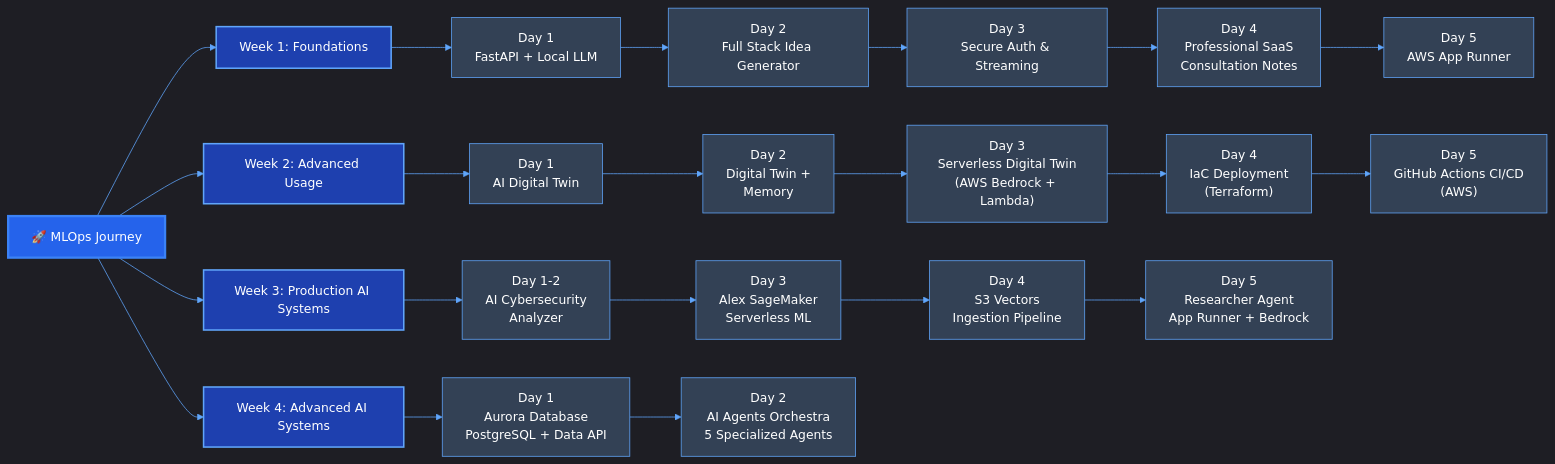
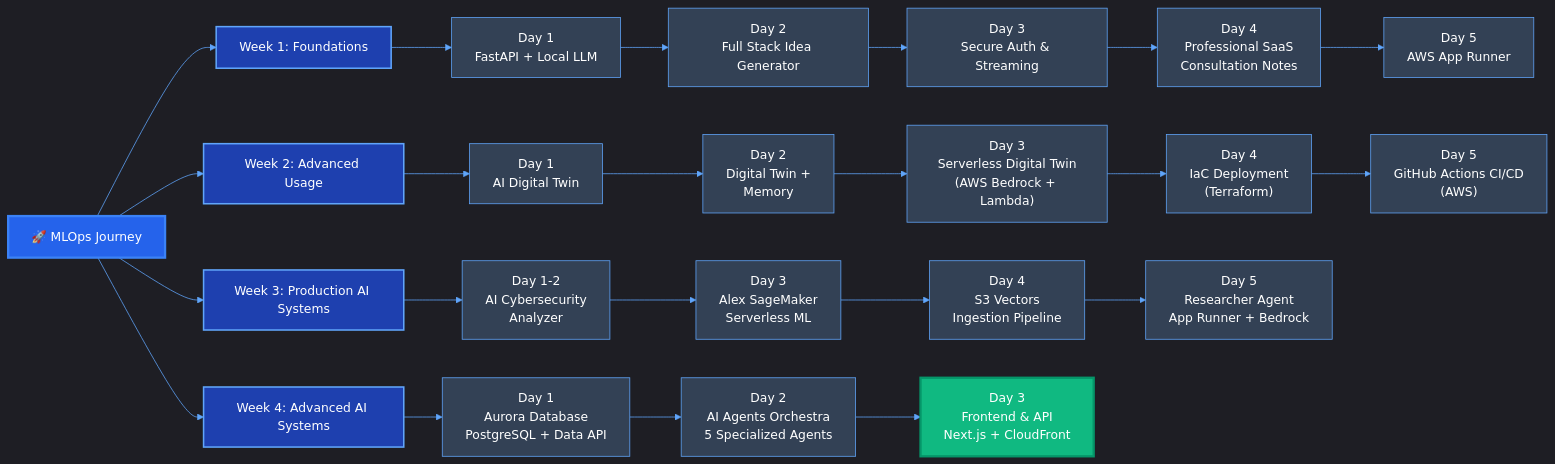
Before and after one commit to baloglu321/mlops-journey: the first of 9 diagrams in README.md, drawn with Mermaid. The commit also changed other lines of this file and 10 other files, not shown here.

````diff
--- a/README.md
+++ b/README.md
@@ -23,46 +23,50 @@
 ```mermaid
 %%{init: {'theme': 'dark', 'themeVariables': { 'primaryColor': '#2563eb', 'primaryTextColor': '#fff', 'primaryBorderColor': '#3b82f6', 'lineColor': '#60a5fa', 'secondaryColor': '#1e40af', 'tertiaryColor': '#1e3a8a'}}}%%
 graph LR
     A[🚀 MLOps Journey] --> B[Week 1: Foundations]
     B --> C[Day 1<br/>FastAPI + Local LLM]
     C --> D[Day 2<br/>Full Stack Idea Generator]
     D --> E[Day 3<br/>Secure Auth & Streaming]
     E --> F[Day 4<br/>Professional SaaS<br/>Consultation Notes]
     F --> G[Day 5<br/>AWS App Runner]
     A --> H[Week 2: Advanced Usage]
     H --> I[Day 1<br/>AI Digital Twin]
     I --> J[Day 2<br/>Digital Twin +<br/>Memory]
     J --> K["Day 3<br/>Serverless Digital Twin<br/>(AWS Bedrock + Lambda)"]
     K --> L["Day 4<br/>IaC Deployment<br/>(Terraform)"]
     L --> M["Day 5<br/>GitHub Actions CI/CD<br/>(AWS)"]
     A --> N[Week 3: Production AI Systems]
     N --> O["Day 1-2<br/>AI Cybersecurity<br/>Analyzer"]
     O --> P["Day 3<br/>Alex SageMaker<br/>Serverless ML"]
     P --> Q["Day 4<br/>S3 Vectors<br/>Ingestion Pipeline"]
     Q --> R["Day 5<br/>Researcher Agent<br/>App Runner + Bedrock"]
     A --> S[Week 4: Advanced AI Systems]
     S --> T["Day 1<br/>Aurora Database<br/>PostgreSQL + Data API"]
     T --> U["Day 2<br/>AI Agents Orchestra<br/>5 Specialized Agents"]
+    U --> V["Day 3<br/>Frontend & API<br/>Next.js + CloudFront"]:::complete
     
     style A fill:#2563eb,stroke:#3b82f6,stroke-width:3px,color:#fff
     style B fill:#1e40af,stroke:#60a5fa,stroke-width:2px,color:#fff
     style C fill:#334155,stroke:#60a5fa,color:#fff
     style D fill:#334155,stroke:#60a5fa,color:#fff
     style E fill:#334155,stroke:#60a5fa,color:#fff
     style F fill:#334155,stroke:#60a5fa,color:#fff
     style G fill:#334155,stroke:#60a5fa,color:#fff
     style H fill:#1e40af,stroke:#60a5fa,stroke-width:2px,color:#fff
     style I fill:#334155,stroke:#60a5fa,color:#fff
     style J fill:#334155,stroke:#60a5fa,color:#fff
     style K fill:#334155,stroke:#60a5fa,color:#fff
     style L fill:#334155,stroke:#60a5fa,color:#fff
     style M fill:#334155,stroke:#60a5fa,color:#fff
     style N fill:#1e40af,stroke:#60a5fa,stroke-width:2px,color:#fff
     style O fill:#334155,stroke:#60a5fa,color:#fff
     style P fill:#334155,stroke:#60a5fa,color:#fff
     style Q fill:#334155,stroke:#60a5fa,color:#fff
     style R fill:#334155,stroke:#60a5fa,color:#fff
     style S fill:#1e40af,stroke:#60a5fa,stroke-width:2px,color:#fff
     style T fill:#334155,stroke:#60a5fa,color:#fff
     style U fill:#334155,stroke:#60a5fa,color:#fff
+    style V fill:#10b981,stroke:#059669,stroke-width:3px,color:#fff
+    
+    classDef complete fill:#10b981,stroke:#059669,stroke-width:3px,color:#fff
 ```
````
